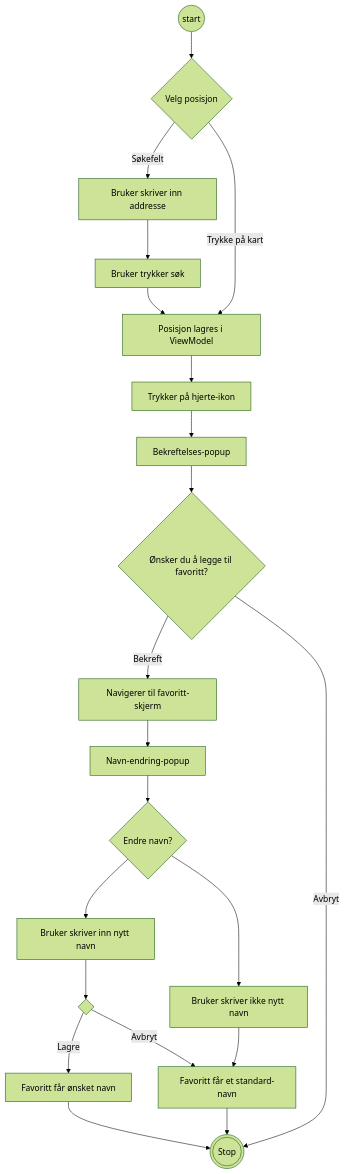
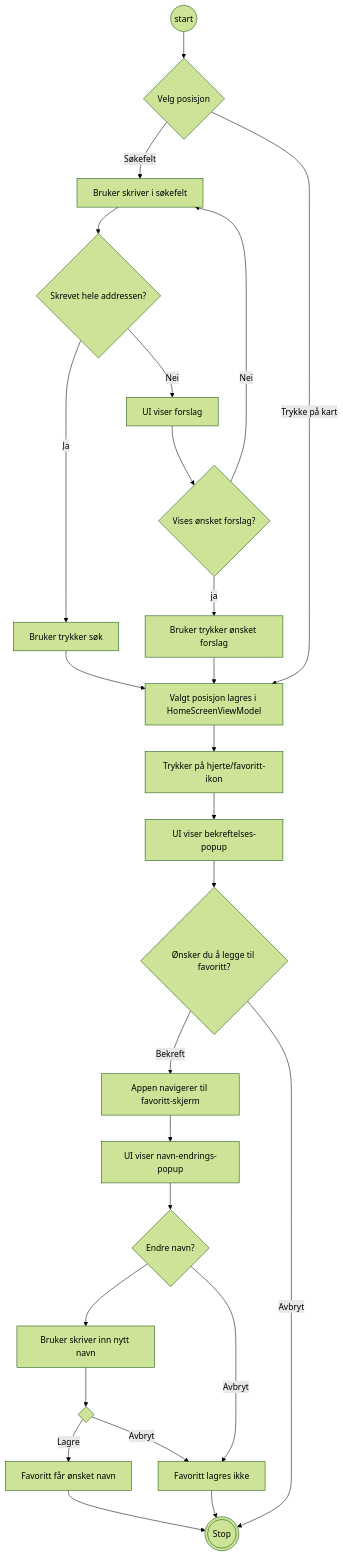
The third of 3 diagrams in External Programs/MODELING.md (Apoapsis404/in2000-project-team-12), drawn with Mermaid (forest theme) before and after one commit. The commit also changed other lines of this file and 1 other file, not shown here.

Commit message:
updatet diagrams and descriptions. Adds Team12UseCase.png

````diff
--- a/External Programs/MODELING.md
+++ b/External Programs/MODELING.md
@@ -98,25 +98,30 @@
 ```mermaid
 flowchart TD
-    Start@{ shape: circle, label: "start" } -->
+    Start@{ shape: circle, label: "start"} -->
 A{"Velg posisjon"}
-A --> |Søkefelt|a[Bruker skriver inn addresse]
--->b[Bruker trykker søk]
--->c[Posisjon lagres i ViewModel]
--->d[Trykker på hjerte-ikon]
--->e[Bekreftelses-popup]
+A --> |Søkefelt|a[Bruker skriver i søkefelt]
+-->E{"Skrevet hele addressen?"}
+-->|Ja|b[Bruker trykker søk]
+-->c[Valgt posisjon lagres i HomeScreenViewModel]
+-->d[Trykker på hjerte/favoritt-ikon]
+-->e[UI viser bekreftelses-popup]
 -->B{"Ønsker du å legge til favoritt?"}
--->|Bekreft|f[Navigerer til favoritt-skjerm]
--->g[Navn-endring-popup]
+-->|Bekreft|f[Appen navigerer til favoritt-skjerm]
+-->g[UI viser navn-endrings-popup]
 -->C{"Endre navn?"}
 -->h[Bruker skriver inn nytt navn]
 -->D{" "}
 -->|Lagre|j[Favoritt får ønsket navn]
 -->Slutt
 A-->|Trykke på kart|c
 B-->|Avbryt|Slutt
-C-->i[Bruker skriver ikke nytt navn]
-i-->k
-D-->|Avbryt|k[Favoritt får et standard-navn]
+C-->|Avbryt|k
+D-->|Avbryt|k[Favoritt lagres ikke]
+E-->|Nei|l[UI viser forslag]
+--> m{"Vises ønsket forslag?"}
+-->|ja|o[Bruker trykker ønsket forslag]
+-->c
+m-->|Nei|a
 k-->
 Slutt@{ shape: dbl-circ, label: "Stop" }
 ```
````
